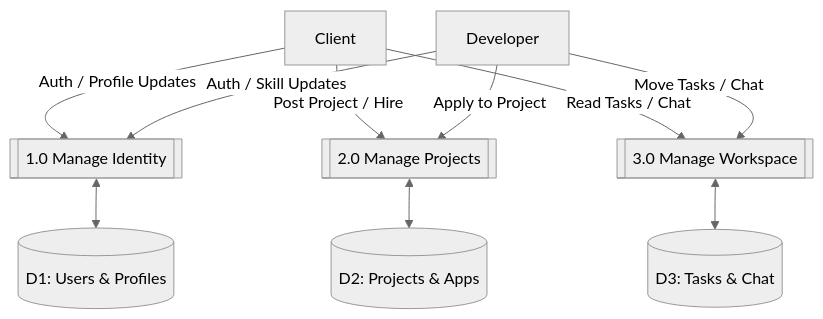
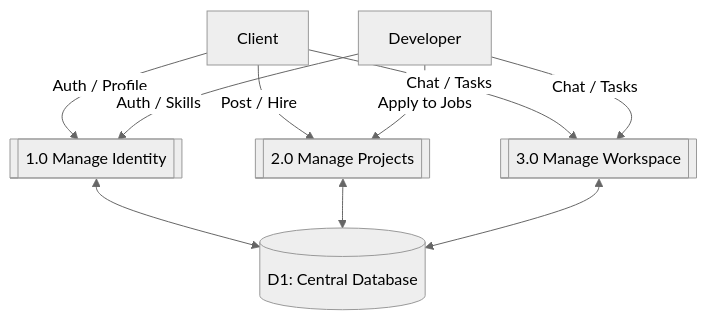
The second of 4 diagrams in README.md (qhmed67/ReadmeTest), drawn with Mermaid (neutral theme) before and after one commit. The commit also changed other lines of this file, not shown here.

````diff
--- a/README.md
+++ b/README.md
@@ -106,25 +106,23 @@
 ```mermaid
 flowchart TB
     C[Client]
     D[Developer]
 
     P1[[1.0 Manage Identity]]
     P2[[2.0 Manage Projects]]
     P3[[3.0 Manage Workspace]]
 
-    D1[(D1: Users & Profiles)]
-    D2[(D2: Projects & Apps)]
-    D3[(D3: Tasks & Chat)]
+    DB[(D1: Central Database)]
 
-    C -- "Auth / Profile Updates" --> P1
-    C -- "Post Project / Hire" --> P2
-    C -- "Read Tasks / Chat" --> P3
+    C -- "Auth / Profile" --> P1
+    C -- "Post / Hire" --> P2
+    C -- "Chat / Tasks" --> P3
 
-    D -- "Auth / Skill Updates" --> P1
-    D -- "Apply to Project" --> P2
-    D -- "Move Tasks / Chat" --> P3
+    D -- "Auth / Skills" --> P1
+    D -- "Apply to Jobs" --> P2
+    D -- "Chat / Tasks" --> P3
 
-    P1 <--> D1
-    P2 <--> D2
-    P3 <--> D3
+    P1 <--> DB
+    P2 <--> DB
+    P3 <--> DB
 ```
````
